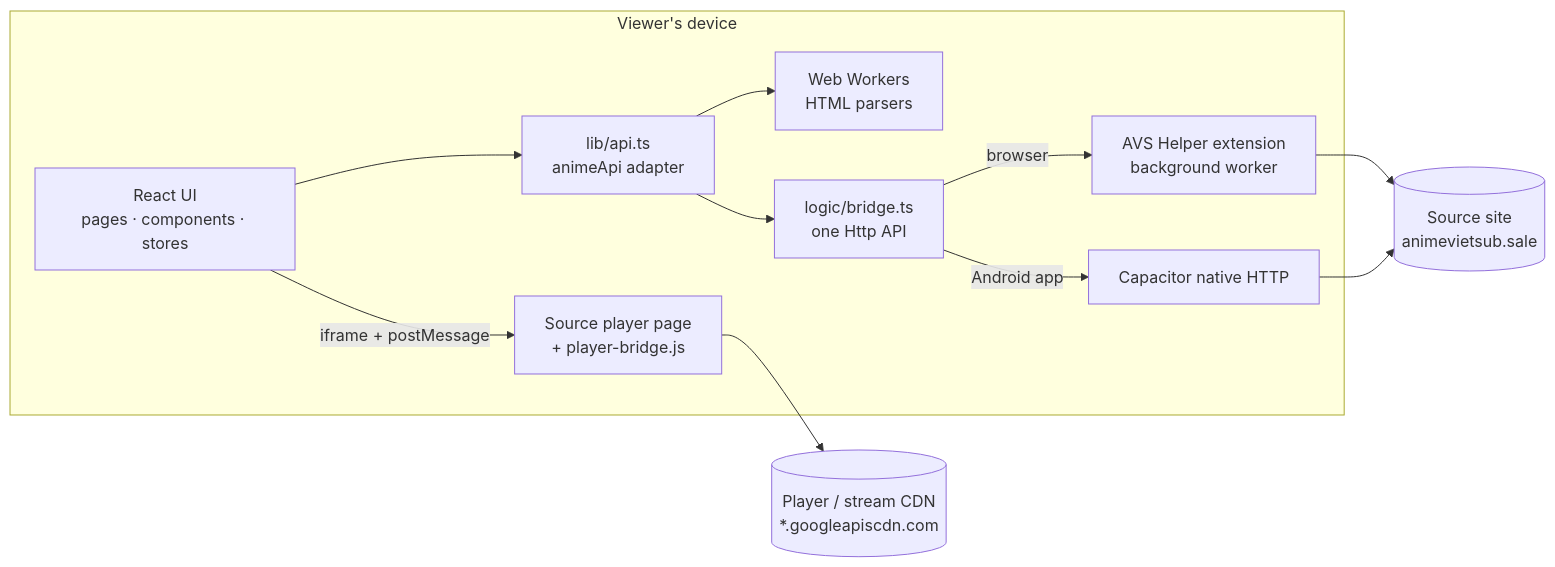
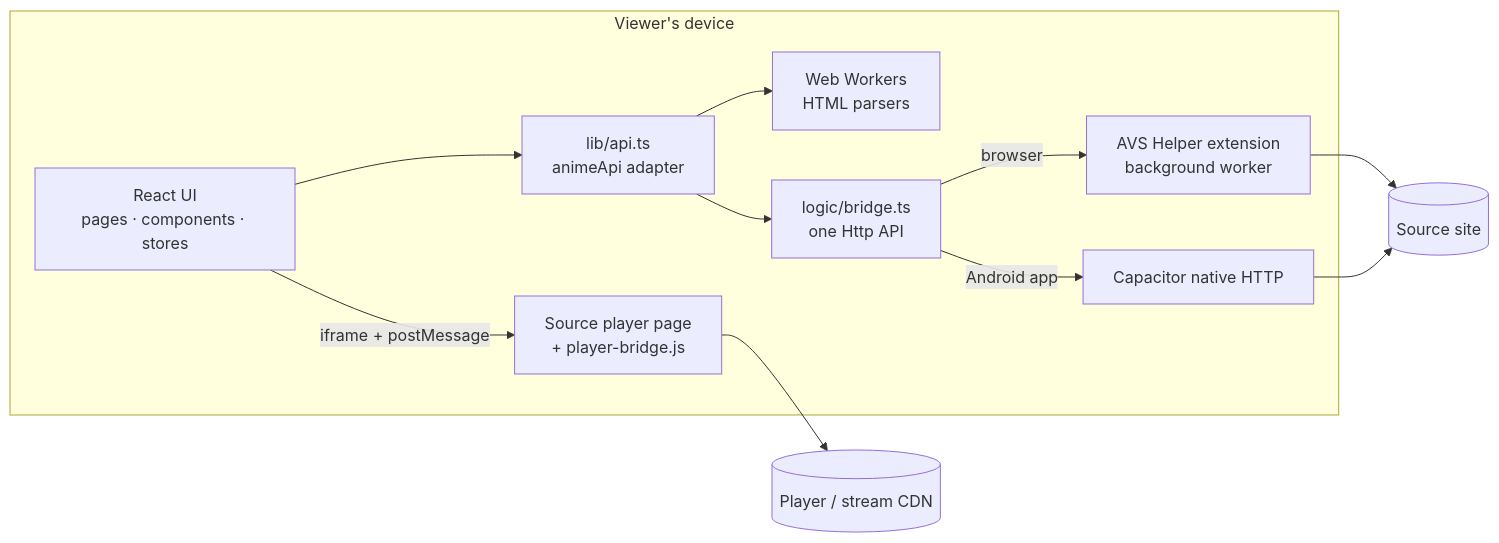
One commit to CodeForFee/anime-cinema-vite changed the diagram in README.md. Above: the diagram before and after it, drawn with Mermaid. The commit also changed other lines of this file, not shown here.

````diff
--- a/README.md
+++ b/README.md
@@ -52,17 +92,17 @@
 ```mermaid
 flowchart LR
   subgraph Viewer["Viewer's device"]
     UI["React UI<br/>pages · components · stores"]
     API["lib/api.ts<br/>animeApi adapter"]
     W["Web Workers<br/>HTML parsers"]
     BR["logic/bridge.ts<br/>one Http API"]
     UI --> API --> BR
     API --> W
     BR -- "browser" --> EXT["AVS Helper extension<br/>background worker"]
     BR -- "Android app" --> NAT["Capacitor native HTTP"]
     UI -- "iframe + postMessage" --> PL["Source player page<br/>+ player-bridge.js"]
   end
-  EXT --> SRC[("Source site<br/>animevietsub.sale")]
+  EXT --> SRC[("Source site")]
   NAT --> SRC
-  PL --> CDN[("Player / stream CDN<br/>*.googleapiscdn.com")]
+  PL --> CDN[("Player / stream CDN")]
 ```
````
